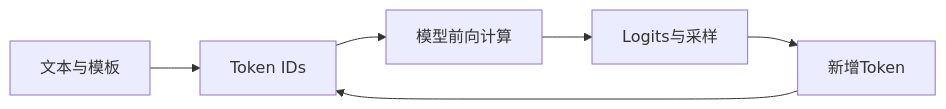
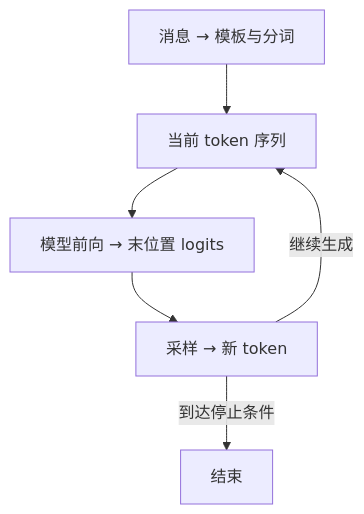
One commit to xhongduo-tech/xhongduo-tech.github.io changed the diagram in docs/foundations/index.md. Above: the diagram before and after it, drawn with Mermaid. The commit also changed other lines of this file and 29 other files, not shown here.

````diff
--- a/docs/foundations/index.md
+++ b/docs/foundations/index.md
@@ -27,8 +29,8 @@
 ```mermaid
-flowchart LR
-  A["文本与模板"] --> B["Token IDs"]
-  B --> C["模型前向计算"]
-  C --> D["Logits与采样"]
-  D --> E["新增Token"]
-  E --> B
+flowchart TD
+  A["消息 → 模板与分词"] --> B["当前 token 序列"]
+  B --> C["模型前向 → 末位置 logits"]
+  C --> D["采样 → 新 token"]
+  D -->|"继续生成"| B
+  D -->|"到达停止条件"| E["结束"]
 ```
````
